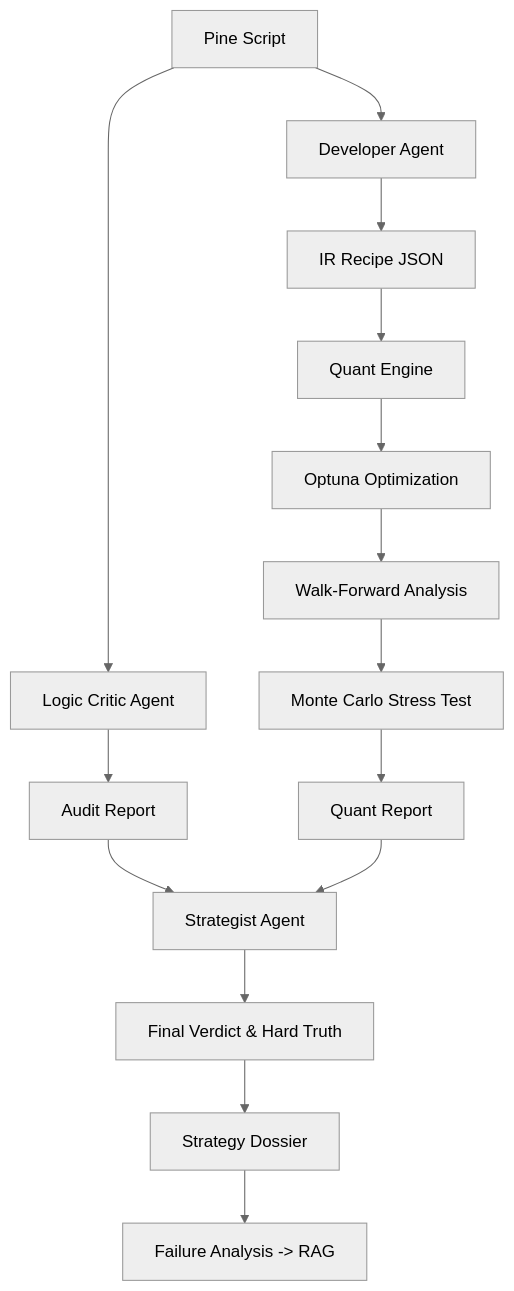
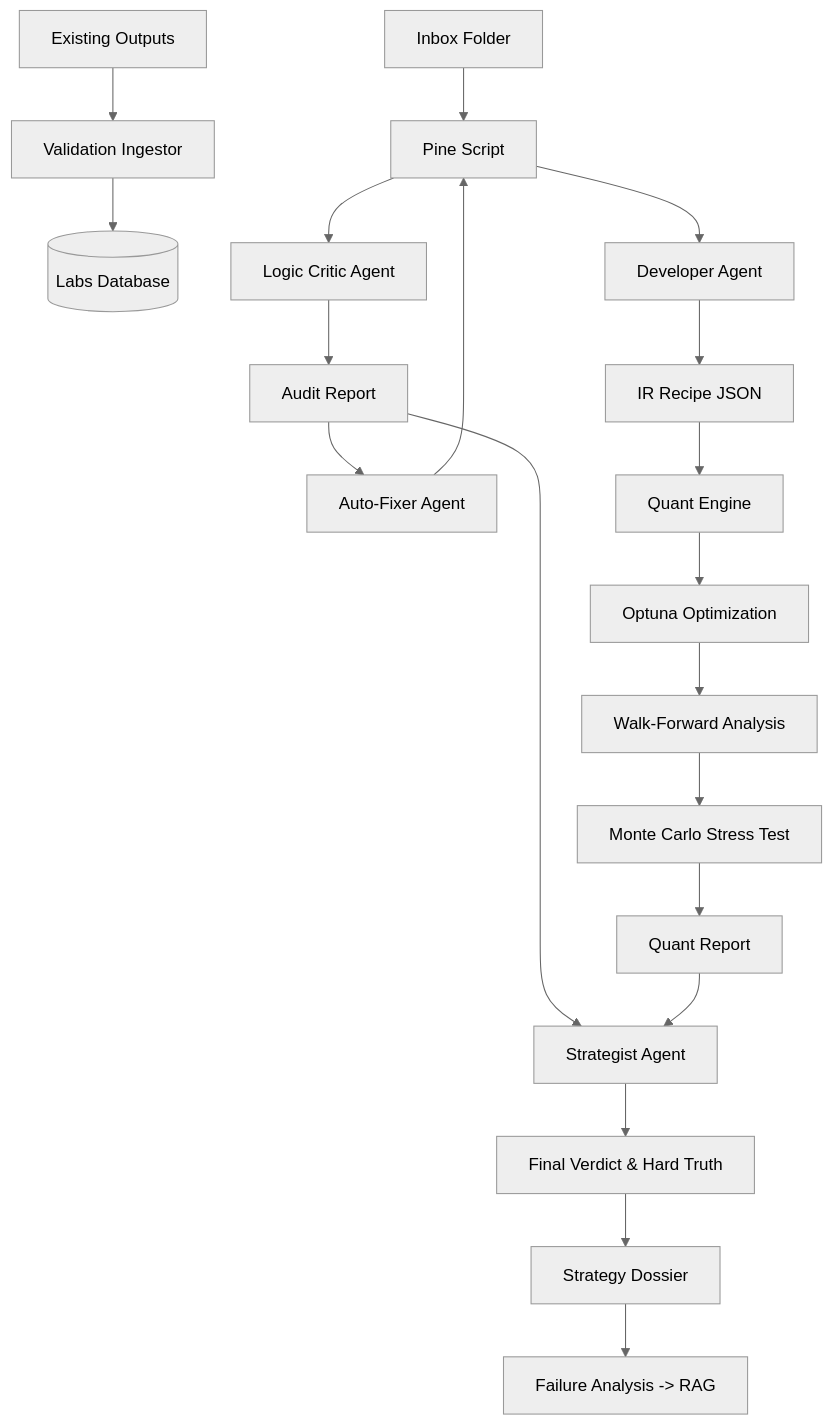
One commit to cmxms/optimization_engine changed the diagram in PIPELINE.md. Above: the diagram before and after it, drawn with Mermaid (neutral theme). The commit also changed other lines of this file, not shown here.

Commit message:
Docs: Updated PIPELINE.md to reflect Phase 0 (Inbox/Validation) and Phase 4.5 (Auto-Fixer)

````diff
--- a/PIPELINE.md
+++ b/PIPELINE.md
@@ -73,17 +67,22 @@
 ```mermaid
 graph TD
-    A[Pine Script] --> B[Developer Agent]
+    A1[Inbox Folder] --> A[Pine Script]
+    A2[Existing Outputs] --> B1[Validation Ingestor]
+    B1 --> B2[(Labs Database)]
+    A --> B[Developer Agent]
     B --> C[IR Recipe JSON]
     A --> D[Logic Critic Agent]
     D --> E[Audit Report]
+    E --> AF[Auto-Fixer Agent]
+    AF --> A
     C --> F[Quant Engine]
     F --> G[Optuna Optimization]
     G --> H[Walk-Forward Analysis]
     H --> I[Monte Carlo Stress Test]
     I --> J[Quant Report]
     E --> K[Strategist Agent]
     J --> K
     K --> L[Final Verdict & Hard Truth]
     L --> M[Strategy Dossier]
     M --> N[Failure Analysis -> RAG]
 ```
````
